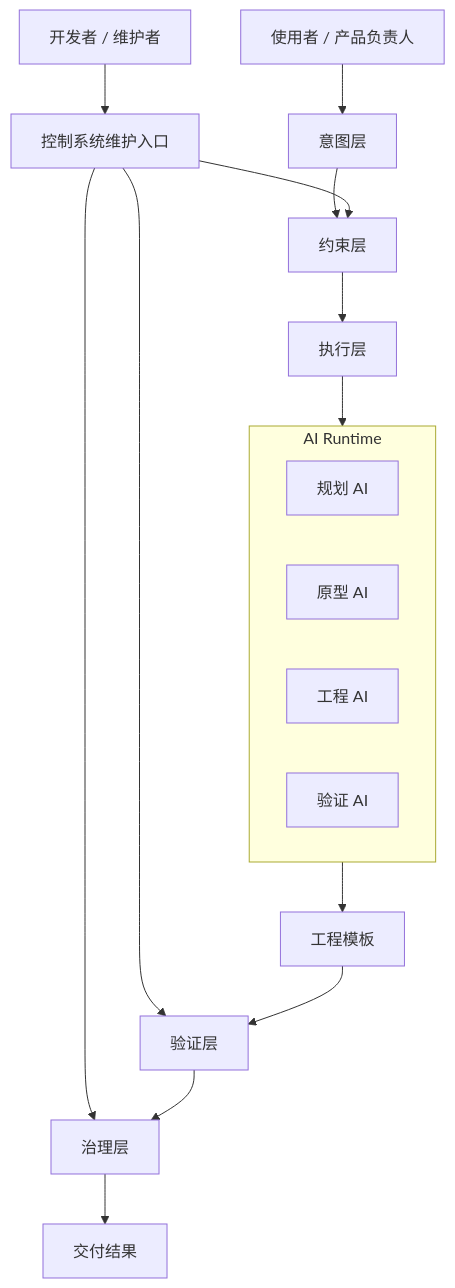
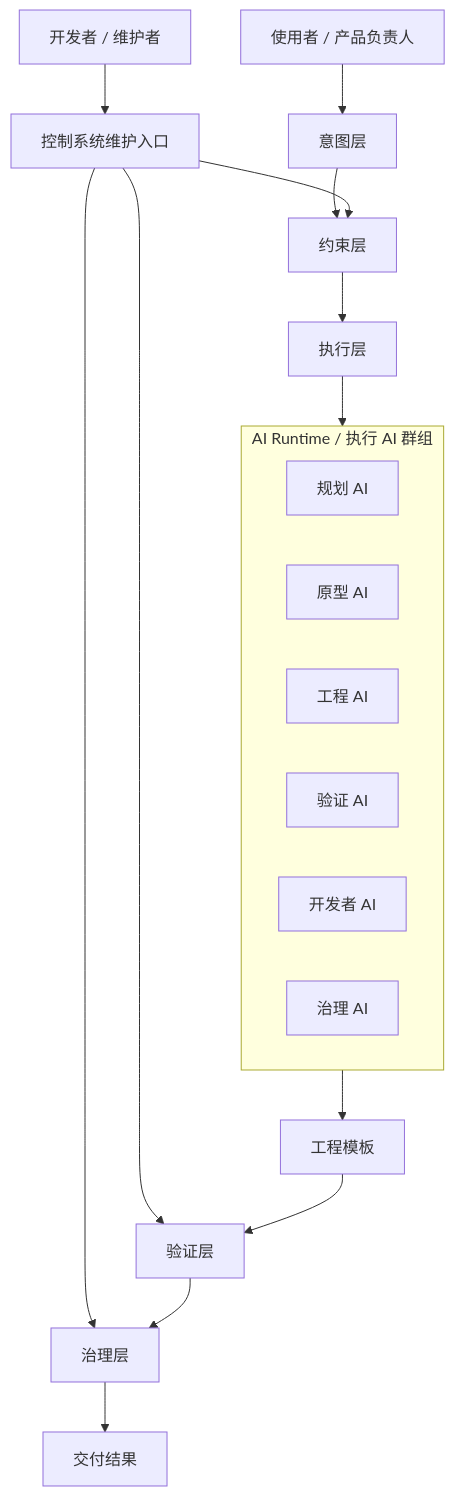
The first of 4 diagrams in 文档/控制系统/03_角色版执行与AI可替代性.md (zhidao-studio/ai-product-engineering-in-action), drawn with Mermaid before and after one commit. The commit also changed other lines of this file, not shown here.

````diff
--- a/文档/控制系统/03_角色版执行与AI可替代性.md
+++ b/文档/控制系统/03_角色版执行与AI可替代性.md
@@ -23,24 +23,26 @@
 ```mermaid
 flowchart TD
     U[使用者 / 产品负责人] --> I[意图层]
     D[开发者 / 维护者] --> M[控制系统维护入口]
 
     I --> C[约束层]
     M --> C
     M --> V
     M --> G
 
     C --> E[执行层]
 
-    subgraph R[AI Runtime]
+    subgraph R[AI Runtime / 执行 AI 群组]
         A1[规划 AI]
         A2[原型 AI]
         A3[工程 AI]
         A4[验证 AI]
+        A5[开发者 AI]
+        A6[治理 AI]
     end
 
     E --> R --> T[工程模板]
     T --> V[验证层]
     V --> G[治理层]
     G --> O[交付结果]
 ```
````
